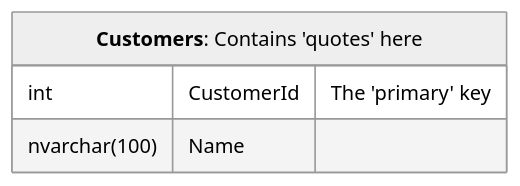
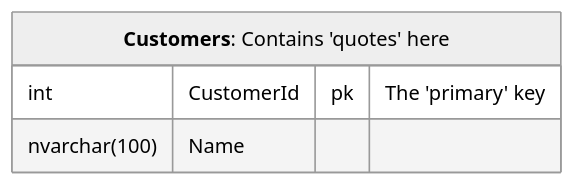
One commit to SimonCropp/DbToMermaid changed the diagram in src/SqlServerToMermaid.Tests/Tests.RenderMarkdownFromScriptWithEscaping.verified.md. Above: the diagram before and after it, drawn with Mermaid (neutral theme). The commit also changed 14 other files, not shown here.

````diff
--- a/src/SqlServerToMermaid.Tests/Tests.RenderMarkdownFromScriptWithEscaping.verified.md
+++ b/src/SqlServerToMermaid.Tests/Tests.RenderMarkdownFromScriptWithEscaping.verified.md
@@ -1,7 +1,7 @@
 ```mermaid
 erDiagram
   Customers["**Customers**: Contains 'quotes' here"] {
-    int CustomerId "The 'primary' key"
+    int CustomerId pk "The 'primary' key"
     nvarchar(100) Name
   }
 ```
````
